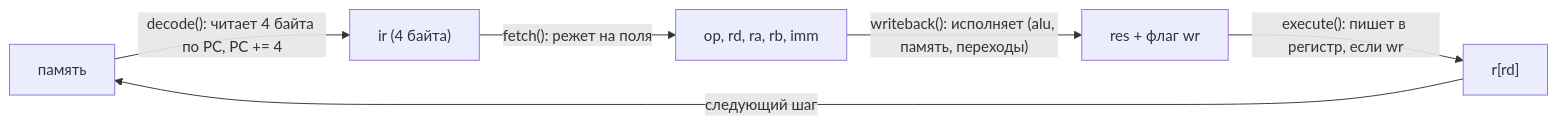
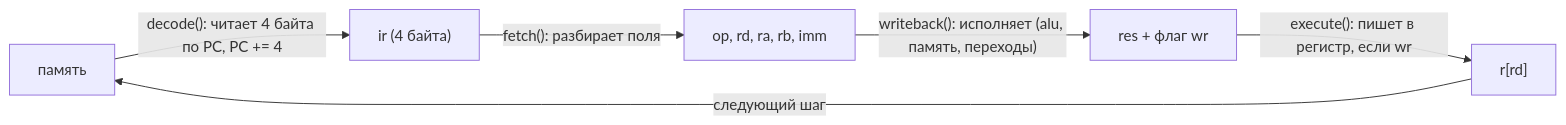
One commit to loki5512344ss/SummumOS changed the seventh of 40 diagrams in чертежи.md. Above: the diagram before and after it, drawn with Mermaid. The commit also changed other lines of this file and 40 other files, not shown here.

````diff
--- a/чертежи.md
+++ b/чертежи.md
@@ -144,8 +146,8 @@
 ```mermaid
 graph LR
     mem["память"] -->|"decode(): читает 4 байта по PC, PC += 4"| ir["ir (4 байта)"]
-    ir -->|"fetch(): режет на поля"| fields["op, rd, ra, rb, imm"]
+    ir -->|"fetch(): разбирает поля"| fields["op, rd, ra, rb, imm"]
     fields -->|"writeback(): исполняет (alu, память, переходы)"| res["res + флаг wr"]
     res -->|"execute(): пишет в регистр, если wr"| reg["r[rd]"]
     reg -->|"следующий шаг"| mem
 ```
````
